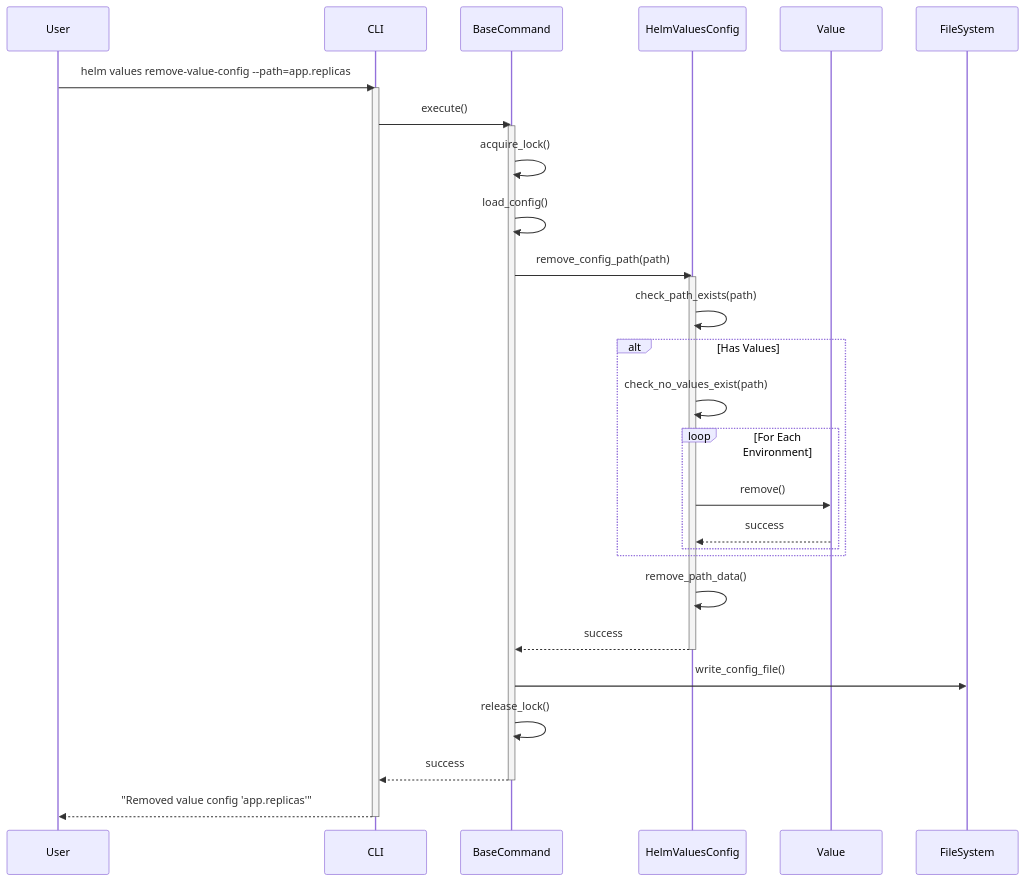
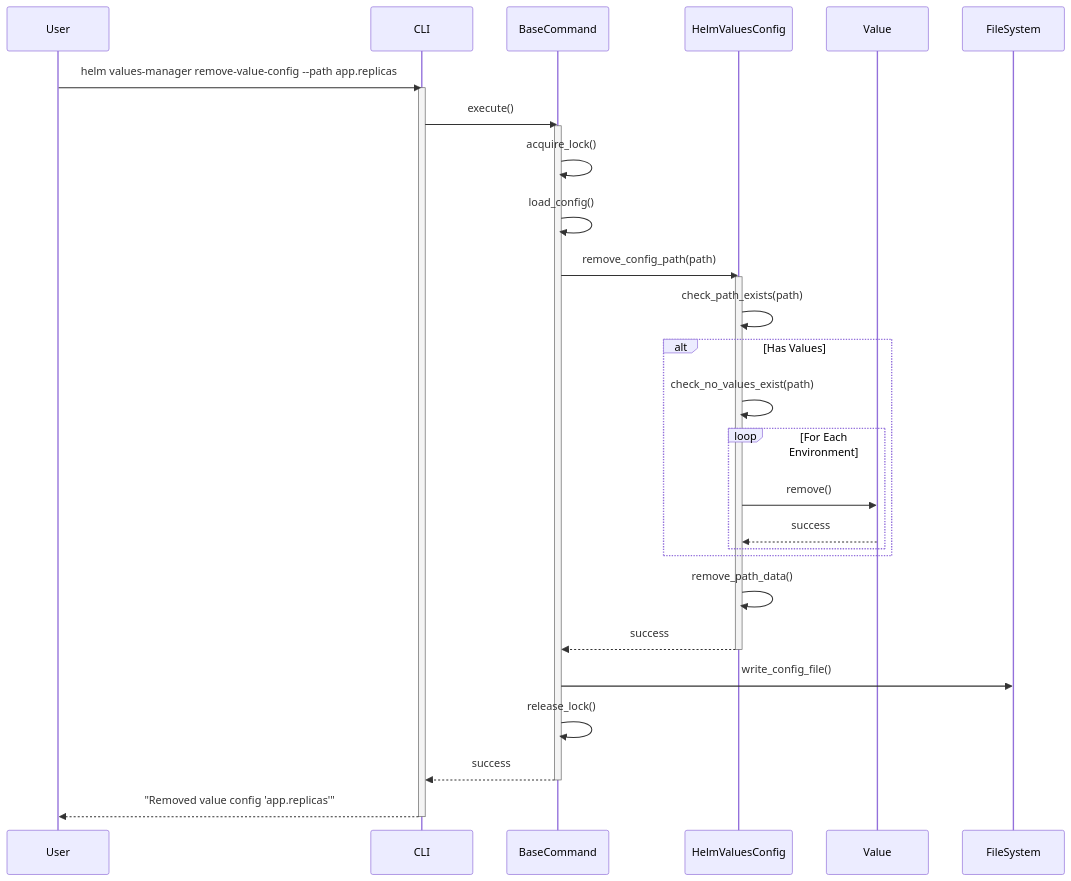
Before and after one commit to Zipstack/helm-values-manager: diagram 14 of 14 in docs/Design/sequence-diagrams.md, drawn with Mermaid. The commit also changed other lines of this file, not shown here.

First line of the commit message:
docs: update sequence diagrams with correct command flags

````diff
--- a/docs/Design/sequence-diagrams.md
+++ b/docs/Design/sequence-diagrams.md
@@ -619,41 +619,41 @@
 ```mermaid
 sequenceDiagram
     participant User
     participant CLI
     participant BaseCommand
     participant HelmValuesConfig
     participant Value
 
-    User->>CLI: helm values remove-value-config --path=app.replicas
+    User->>CLI: helm values-manager remove-value-config --path app.replicas
     activate CLI
 
     CLI->>BaseCommand: execute()
     activate BaseCommand
 
     BaseCommand->>BaseCommand: acquire_lock()
     BaseCommand->>BaseCommand: load_config()
     BaseCommand->>HelmValuesConfig: remove_config_path(path)
     activate HelmValuesConfig
 
     HelmValuesConfig->>HelmValuesConfig: check_path_exists(path)
 
     alt Has Values
         HelmValuesConfig->>HelmValuesConfig: check_no_values_exist(path)
         loop For Each Environment
             HelmValuesConfig->>Value: remove()
             Value-->>HelmValuesConfig: success
         end
     end
 
     HelmValuesConfig->>HelmValuesConfig: remove_path_data()
     HelmValuesConfig-->>BaseCommand: success
     deactivate HelmValuesConfig
 
     BaseCommand->>FileSystem: write_config_file()
     BaseCommand->>BaseCommand: release_lock()
     BaseCommand-->>CLI: success
     deactivate BaseCommand
 
     CLI-->>User: "Removed value config 'app.replicas'"
     deactivate CLI
 ```
````
